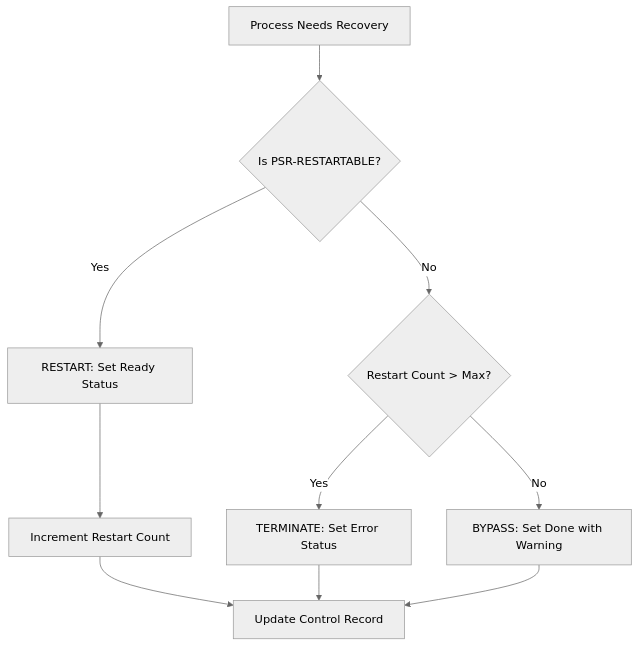
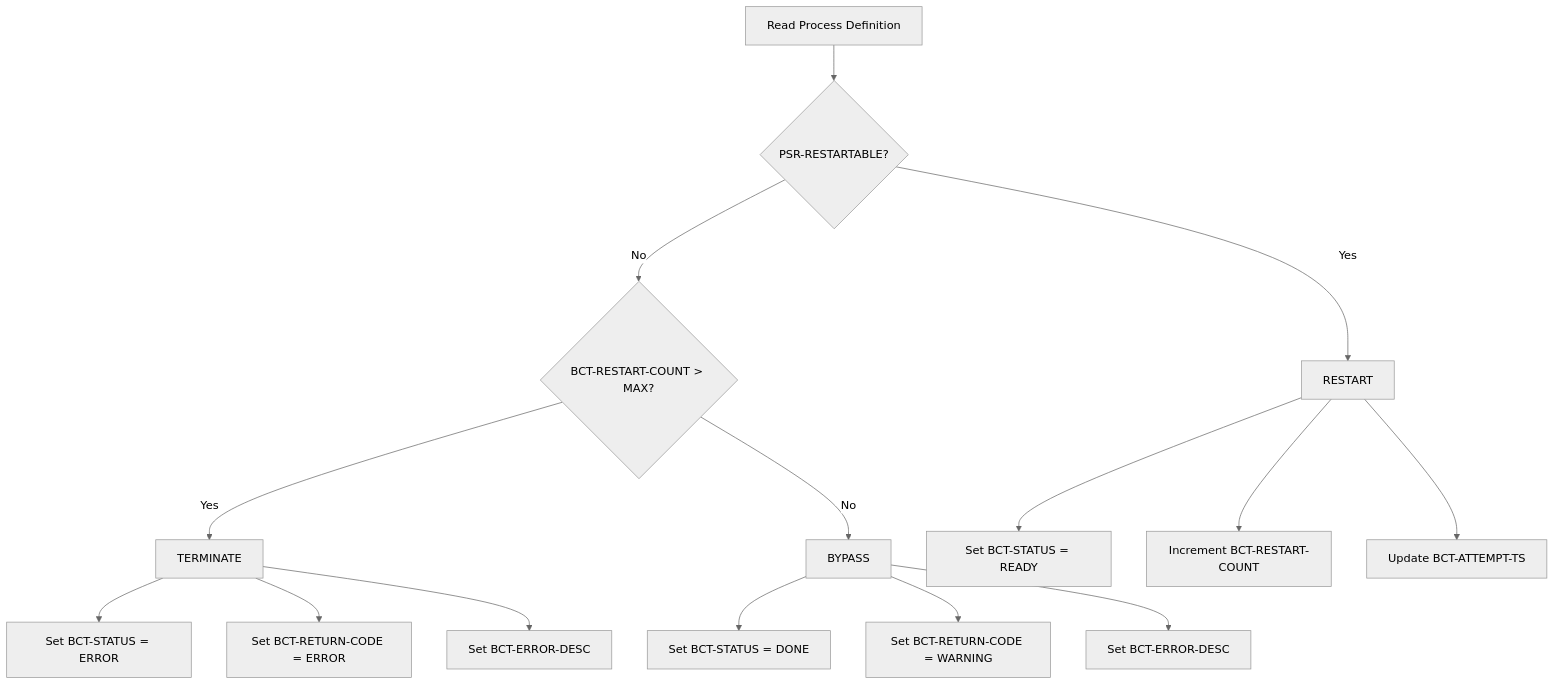
Before and after one commit to haladir-com/legacy-benchmark-docs-vb70e1: the second of 2 diagrams in docs/programs/RCVPRC00.mdx, drawn with Mermaid (neutral theme). The commit also changed other lines of this file and 63 other files, not shown here.

````diff
--- a/docs/programs/RCVPRC00.mdx
+++ b/docs/programs/RCVPRC00.mdx
@@ -258,14 +201,20 @@
 ```mermaid
 flowchart TD
-    A[Process Needs Recovery] --> B{Is PSR-RESTARTABLE?}
-    B -->|Yes| C[RESTART: Set Ready Status]
-    B -->|No| D{Restart Count > Max?}
-    D -->|Yes| E[TERMINATE: Set Error Status]
-    D -->|No| F[BYPASS: Set Done with Warning]
+    A[Read Process Definition] --> B{PSR-RESTARTABLE?}
+    B -->|Yes| C[RESTART]
+    B -->|No| D{BCT-RESTART-COUNT > MAX?}
+    D -->|Yes| E[TERMINATE]
+    D -->|No| F[BYPASS]
     
-    C --> G[Increment Restart Count]
-    G --> H[Update Control Record]
+    C --> G[Set BCT-STATUS = READY]
+    C --> H[Increment BCT-RESTART-COUNT]
+    C --> I[Update BCT-ATTEMPT-TS]
     
-    E --> H
-    F --> H
+    F --> J[Set BCT-STATUS = DONE]
+    F --> K[Set BCT-RETURN-CODE = WARNING]
+    F --> L[Set BCT-ERROR-DESC]
+    
+    E --> M[Set BCT-STATUS = ERROR]
+    E --> N[Set BCT-RETURN-CODE = ERROR]
+    E --> O[Set BCT-ERROR-DESC]
 ```
````
